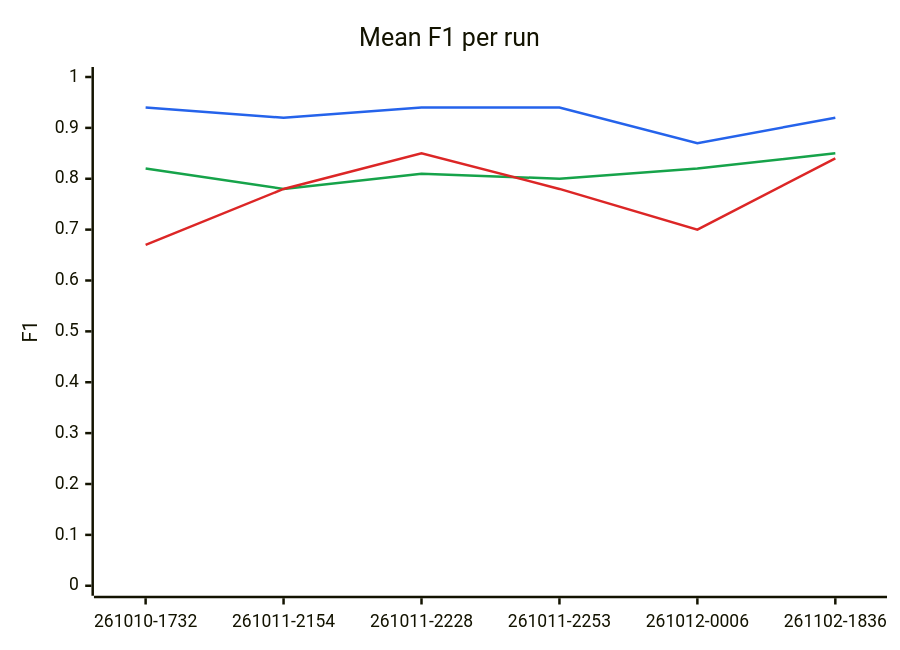
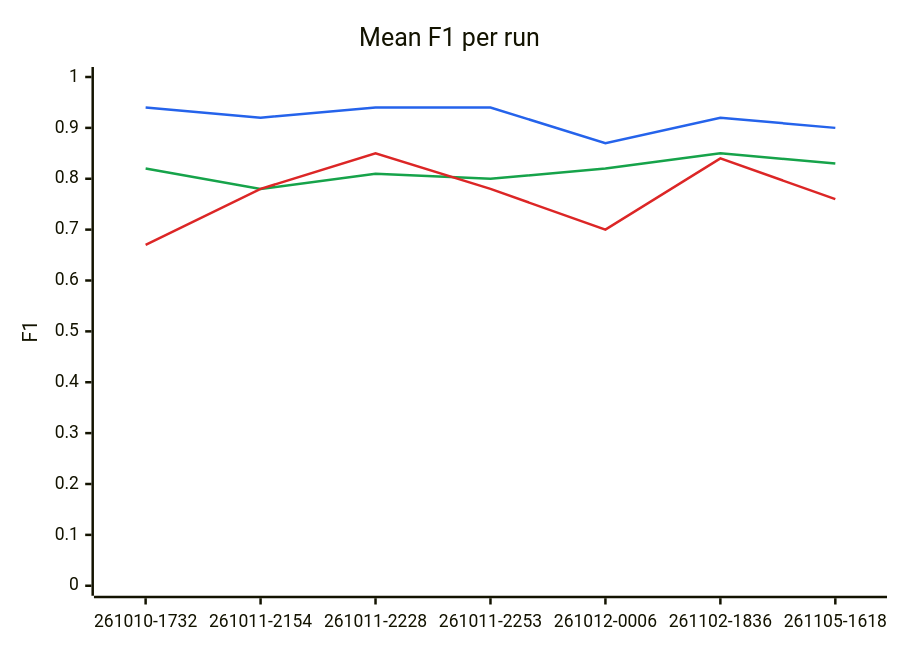
The first of 2 diagrams in lib/tests/benchmarks/extraction/results/README.md (megagonlabs/blue-data-kb-source), drawn with Mermaid before and after one commit. The commit also changed other lines of this file and 34 other files, not shown here.

````diff
--- a/lib/tests/benchmarks/extraction/results/README.md
+++ b/lib/tests/benchmarks/extraction/results/README.md
@@ -24,10 +24,10 @@
 ```mermaid
 %%{init: {"themeVariables": {"xyChart": {"plotColorPalette": "#2563eb, #16a34a, #dc2626"}}}}%%
 xychart-beta
     title "Mean F1 per run"
-    x-axis ["261010-1732", "261011-2154", "261011-2228", "261011-2253", "261012-0006", "261102-1836"]
+    x-axis ["261010-1732", "261011-2154", "261011-2228", "261011-2253", "261012-0006", "261102-1836", "261105-1618"]
     y-axis "F1" 0 --> 1
-    line [0.94, 0.92, 0.94, 0.94, 0.87, 0.92]
-    line [0.82, 0.78, 0.81, 0.80, 0.82, 0.85]
-    line [0.67, 0.78, 0.85, 0.78, 0.70, 0.84]
+    line [0.94, 0.92, 0.94, 0.94, 0.87, 0.92, 0.90]
+    line [0.82, 0.78, 0.81, 0.80, 0.82, 0.85, 0.83]
+    line [0.67, 0.78, 0.85, 0.78, 0.70, 0.84, 0.76]
 ```
````
